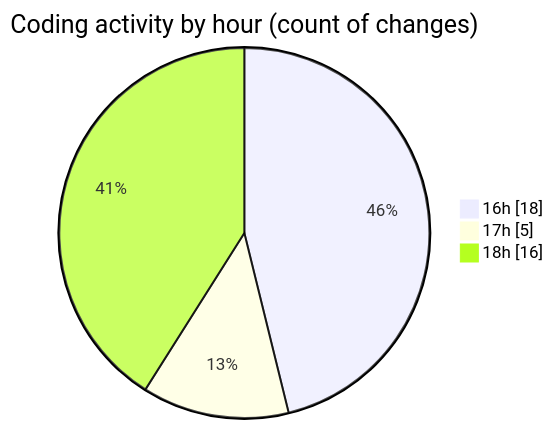
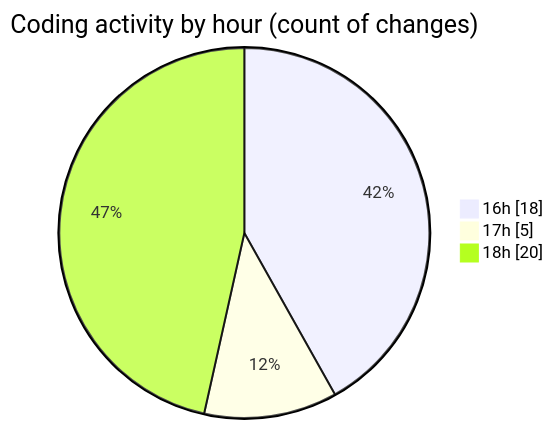
One commit to donsfak/code-tracking changed the second of 2 diagrams in 2025-02-27/uber_clone/README.md. Above: the diagram before and after it, drawn with Mermaid. The commit also changed other lines of this file and 1 other file, not shown here.

````diff
--- a/2025-02-27/uber_clone/README.md
+++ b/2025-02-27/uber_clone/README.md
@@ -29,7 +29,7 @@
 ```mermaid
 pie showData
 title Coding activity by hour (count of changes)
 "16h" : 18
 "17h" : 5
-"18h" : 16
+"18h" : 20
 ```
````
